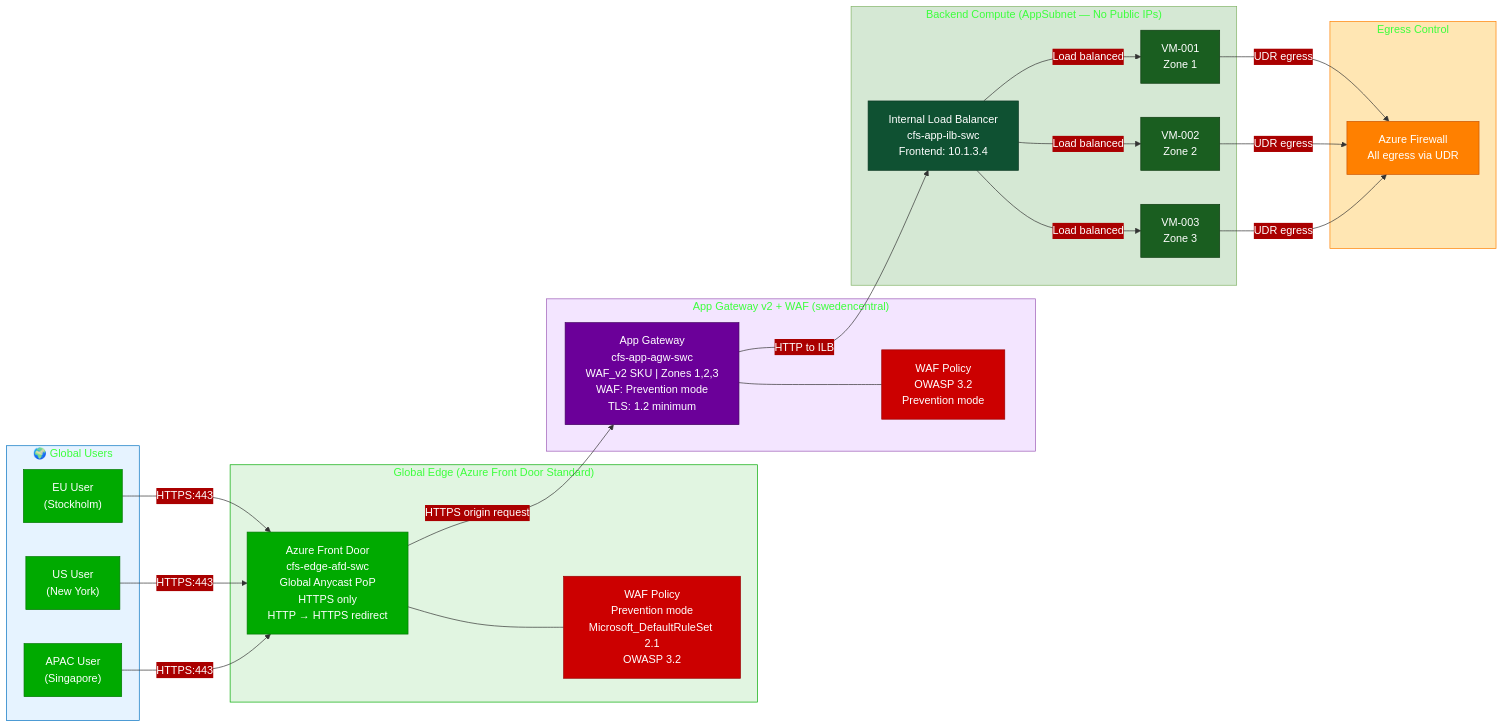
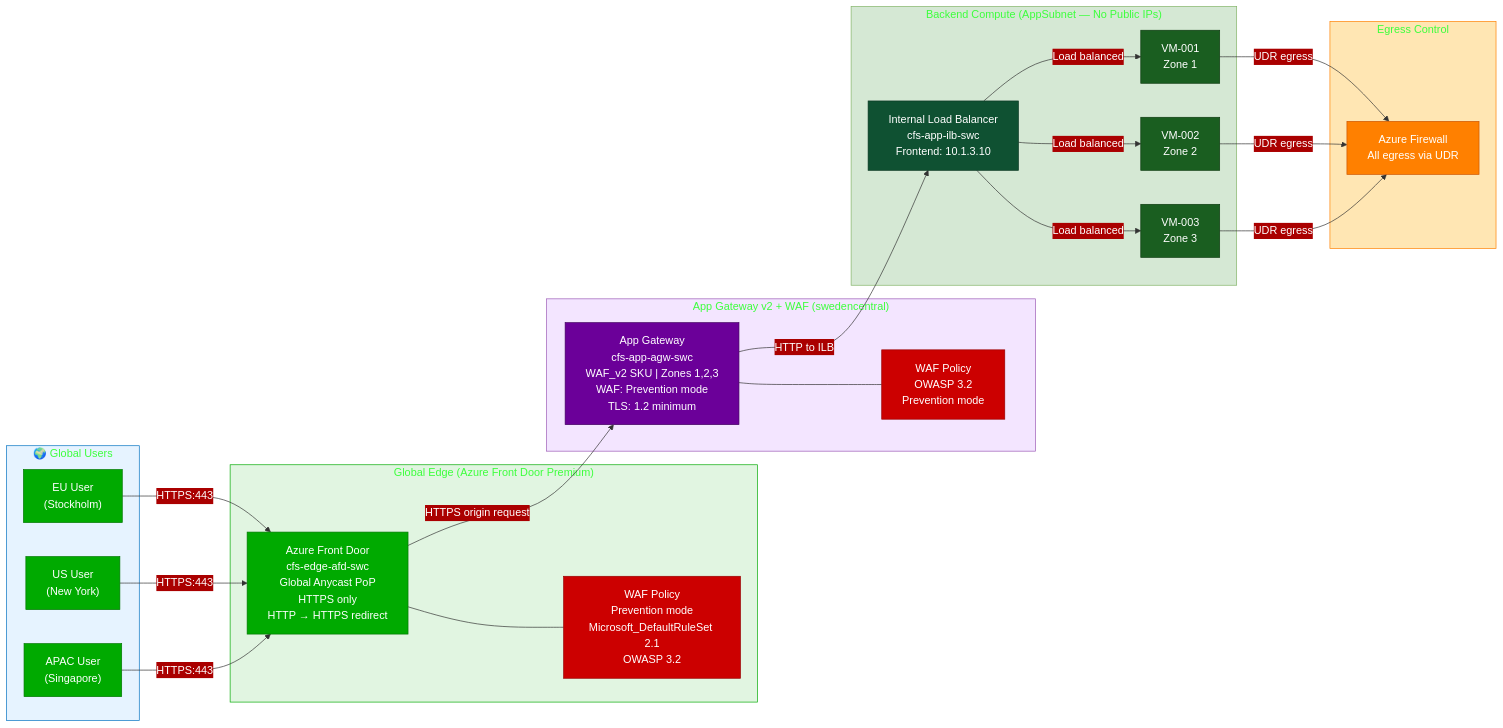
The diagram in diagrams/mermaid/global-delivery.mmd (NikoMix/microhack-networking-services), drawn with Mermaid before and after one commit. The commit also changed 26 other files, not shown here.

First line of the commit message:
feat(infra): upgrade to Firewall Premium (IDPS Deny) + Front Door Premium Private Link origin

```diff
--- a/diagrams/mermaid/global-delivery.mmd
+++ b/diagrams/mermaid/global-delivery.mmd
@@ -1,60 +1,60 @@
 %%{init: {'theme': 'base', 'themeVariables': {'primaryColor': '#00AA00', 'primaryTextColor': '#FFFFFF', 'primaryBorderColor': '#007700', 'lineColor': '#333333'}}}%%
 
 flowchart LR
   subgraph users["🌍 Global Users"]
     eu["EU User<br/>(Stockholm)"]
     us["US User<br/>(New York)"]
     apac["APAC User<br/>(Singapore)"]
   end
 
-  subgraph afd_layer["Global Edge (Azure Front Door Standard)"]
+  subgraph afd_layer["Global Edge (Azure Front Door Premium)"]
     afd["Azure Front Door<br/>cfs-edge-afd-swc<br/>Global Anycast PoP<br/>HTTPS only<br/>HTTP → HTTPS redirect"]
     afd_waf["WAF Policy<br/>Prevention mode<br/>Microsoft_DefaultRuleSet 2.1<br/>OWASP 3.2"]
   end
 
   subgraph agw_layer["App Gateway v2 + WAF (swedencentral)"]
     agw["App Gateway<br/>cfs-app-agw-swc<br/>WAF_v2 SKU | Zones 1,2,3<br/>WAF: Prevention mode<br/>TLS: 1.2 minimum"]
     agw_waf["WAF Policy<br/>OWASP 3.2<br/>Prevention mode"]
   end
 
   subgraph backend["Backend Compute (AppSubnet — No Public IPs)"]
-    ilb["Internal Load Balancer<br/>cfs-app-ilb-swc<br/>Frontend: 10.1.3.4"]
+    ilb["Internal Load Balancer<br/>cfs-app-ilb-swc<br/>Frontend: 10.1.3.10"]
     vm1["VM-001<br/>Zone 1"]
     vm2["VM-002<br/>Zone 2"]
     vm3["VM-003<br/>Zone 3"]
   end
 
   subgraph fw_layer["Egress Control"]
     fw["Azure Firewall<br/>All egress via UDR"]
   end
 
   %% Traffic path
   eu -->|"HTTPS:443"| afd
   us -->|"HTTPS:443"| afd
   apac -->|"HTTPS:443"| afd
   afd --- afd_waf
   afd -->|"HTTPS origin request"| agw
   agw --- agw_waf
   agw -->|"HTTP to ILB"| ilb
   ilb -->|"Load balanced"| vm1
   ilb -->|"Load balanced"| vm2
   ilb -->|"Load balanced"| vm3
   vm1 -->|"UDR egress"| fw
   vm2 -->|"UDR egress"| fw
   vm3 -->|"UDR egress"| fw
 
   %% Styles
   style afd fill:#00AA00,color:#FFFFFF,stroke:#007700
   style afd_waf fill:#CC0000,color:#FFFFFF,stroke:#990000
   style agw fill:#6b0099,color:#FFFFFF,stroke:#430060
   style agw_waf fill:#CC0000,color:#FFFFFF,stroke:#990000
   style ilb fill:#0f5132,color:#FFFFFF,stroke:#0a3622
   style vm1 fill:#1a5e20,color:#FFFFFF,stroke:#0d3b10
   style vm2 fill:#1a5e20,color:#FFFFFF,stroke:#0d3b10
   style vm3 fill:#1a5e20,color:#FFFFFF,stroke:#0d3b10
   style fw fill:#FF8000,color:#FFFFFF,stroke:#CC5500
   style users fill:#E6F3FF,stroke:#0070C0
   style afd_layer fill:#E1F5E1,stroke:#00AA00
   style agw_layer fill:#F3E5FF,stroke:#9B59B6
   style backend fill:#D5E8D4,stroke:#82B366
   style fw_layer fill:#FFE6B3,stroke:#FF8000
```
